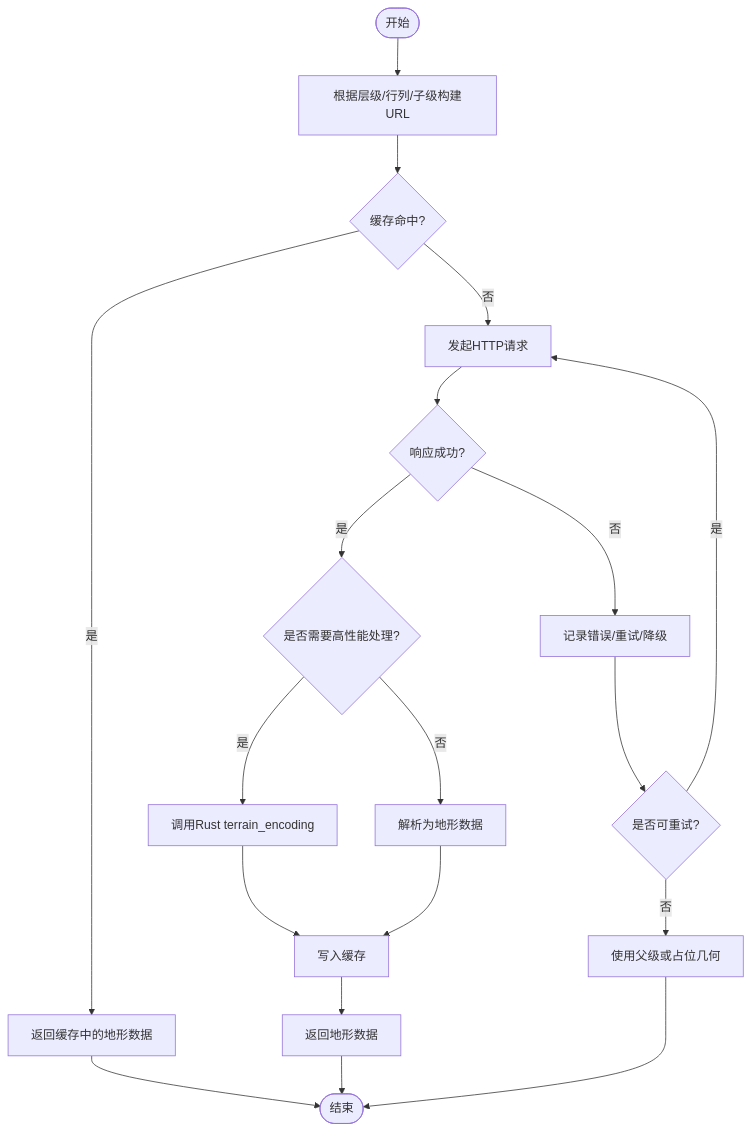
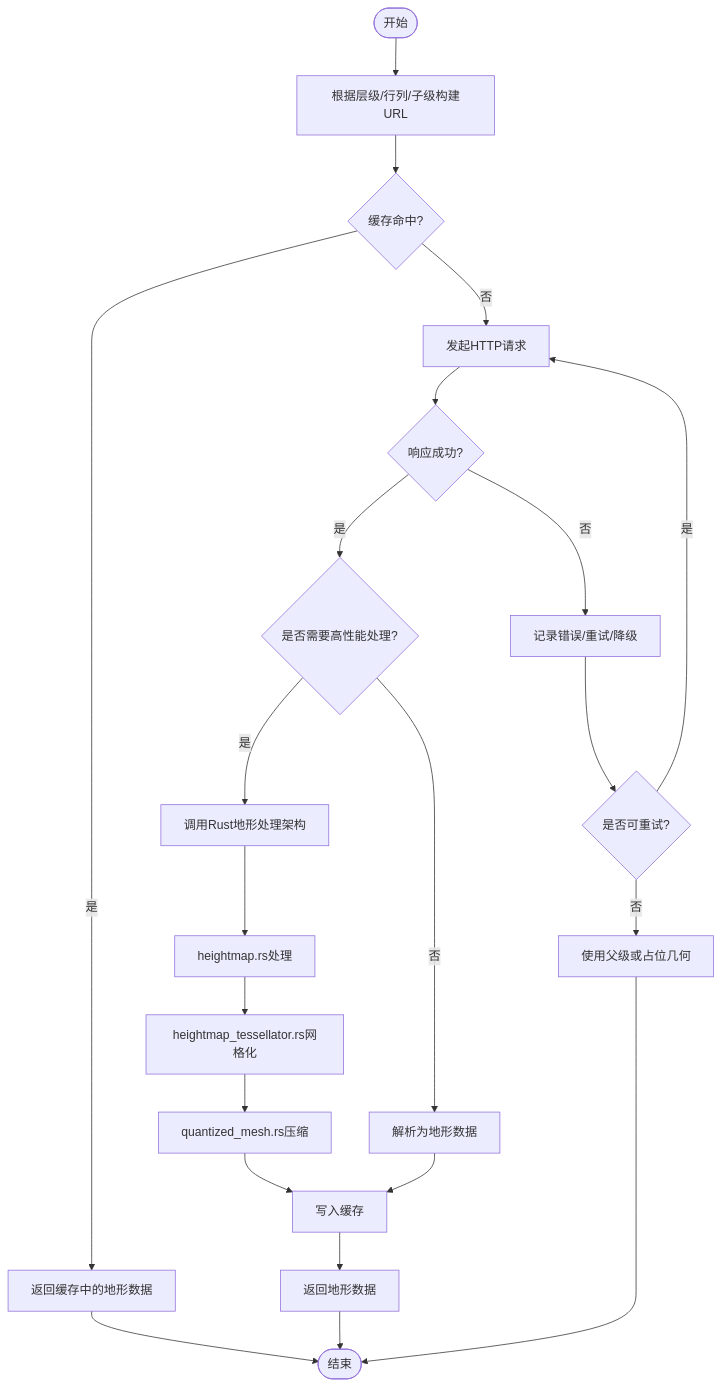
One commit to rzhangjing/cesium changed the third of 7 diagrams in .qoder/repowiki/zh/content/项目概述/核心特性/地形与影像系统/地形数据提供者系统.md. Above: the diagram before and after it, drawn with Mermaid. The commit also changed other lines of this file and 32 other files, not shown here.

````diff
--- a/.qoder/repowiki/zh/content/项目概述/核心特性/地形与影像系统/地形数据提供者系统.md
+++ b/.qoder/repowiki/zh/content/项目概述/核心特性/地形与影像系统/地形数据提供者系统.md
@@ -199,21 +238,24 @@
 ```mermaid
 flowchart TD
 Start(["开始"]) --> BuildURL["根据层级/行列/子级构建URL"]
 BuildURL --> CheckCache{"缓存命中?"}
 CheckCache --> |是| ReturnCached["返回缓存中的地形数据"]
 CheckCache --> |否| Fetch["发起HTTP请求"]
 Fetch --> RespOK{"响应成功?"}
 RespOK --> |否| HandleErr["记录错误/重试/降级"]
 HandleErr --> MaybeRetry{"是否可重试?"}
 MaybeRetry --> |是| Fetch
 MaybeRetry --> |否| Fallback["使用父级或占位几何"]
 RespOK --> |是| CheckPerformance{"是否需要高性能处理?"}
-CheckPerformance --> |是| UseRust["调用Rust terrain_encoding"]
+CheckPerformance --> |是| UseRust["调用Rust地形处理架构"]
+UseRust --> HeightMap["heightmap.rs处理"]
+HeightMap --> Tessellator["heightmap_tessellator.rs网格化"]
+Tessellator --> QuantMesh["quantized_mesh.rs压缩"]
+QuantMesh --> CachePut["写入缓存"]
 CheckPerformance --> |否| Parse["解析为地形数据"]
-UseRust --> CachePut["写入缓存"]
 Parse --> CachePut
 CachePut --> ReturnData["返回地形数据"]
 ReturnCached --> End(["结束"])
 ReturnData --> End
 Fallback --> End
 ```
````
